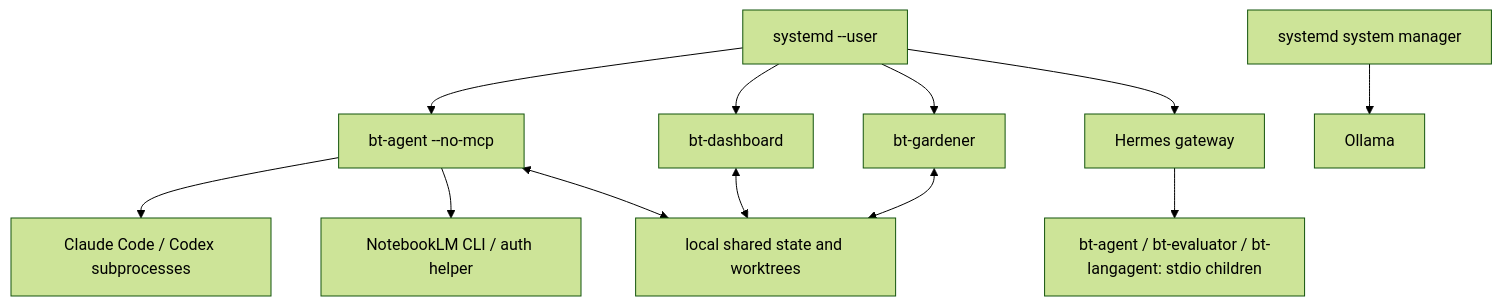
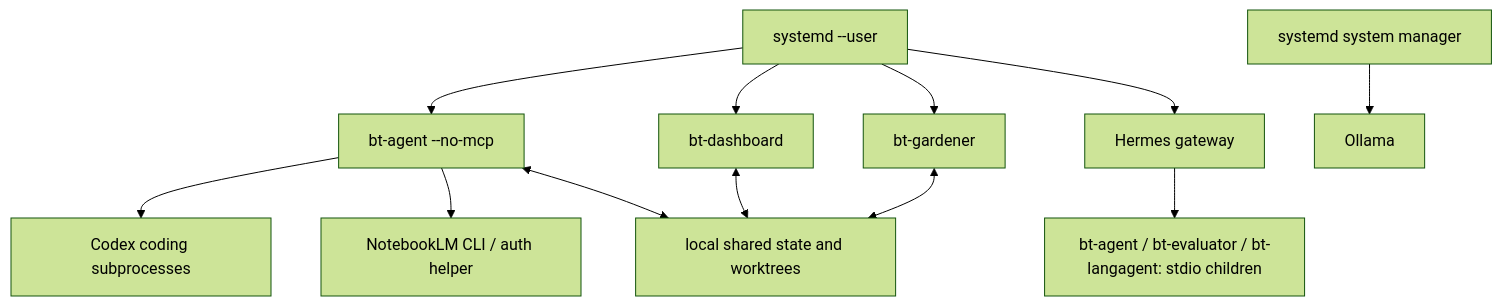
One commit to greenTeeProduction/bt-agent-platform changed the diagram in docs/arc42/07-deployment.md. Above: the diagram before and after it, drawn with Mermaid (forest theme). The commit also changed other lines of this file and 39 other files, not shown here.

````diff
--- a/docs/arc42/07-deployment.md
+++ b/docs/arc42/07-deployment.md
@@ -39,14 +41,14 @@
 ```mermaid
 flowchart TB
     UserSystemd["systemd --user"] --> Agent["bt-agent --no-mcp"]
     UserSystemd --> Dashboard["bt-dashboard"]
     UserSystemd --> Gardener["bt-gardener"]
     UserSystemd --> Hermes["Hermes gateway"]
     Hermes --> MCP["bt-agent / bt-evaluator / bt-langagent: stdio children"]
-    Agent --> Coding["Claude Code / Codex subprocesses"]
+    Agent --> Coding["Codex coding subprocesses"]
     Agent --> NLM["NotebookLM CLI / auth helper"]
     Agent <--> State["local shared state and worktrees"]
     Dashboard <--> State
     Gardener <--> State
     System["systemd system manager"] --> Ollama["Ollama"]
 ```
````
